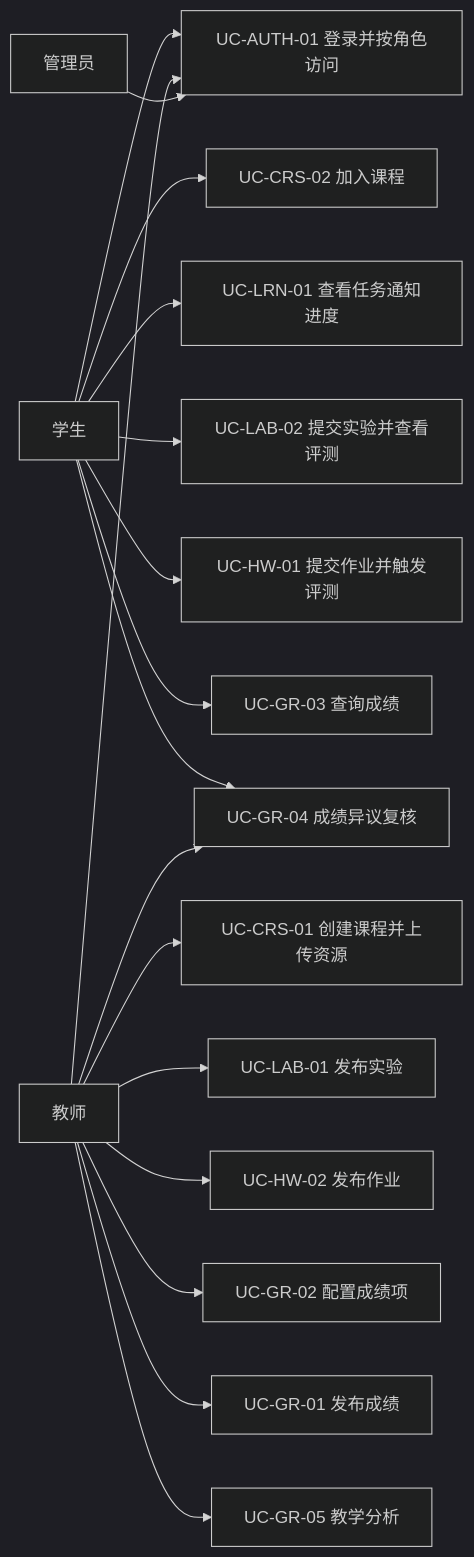
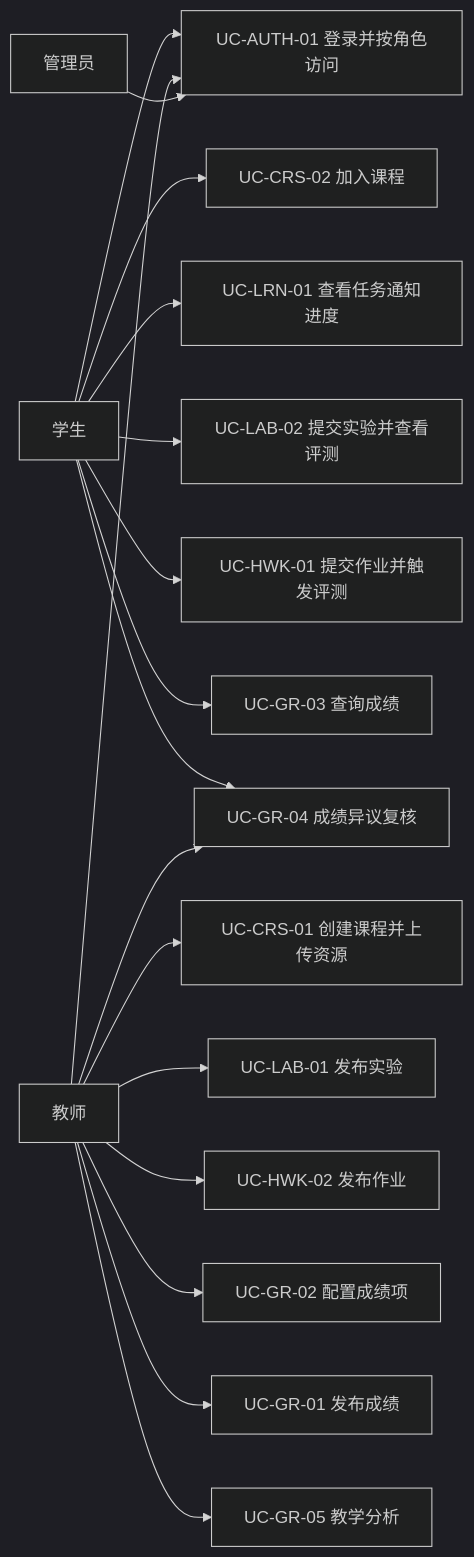
One commit to Cr4zyorange/OnlineJudge changed the first of 12 diagrams in docs/最终提交/软件需求规格说明书.md. Above: the diagram before and after it, drawn with Mermaid (dark theme). The commit also changed other lines of this file and 32 other files, not shown here.

````diff
--- a/docs/最终提交/软件需求规格说明书.md
+++ b/docs/最终提交/软件需求规格说明书.md
@@ -417,37 +455,37 @@
 ```mermaid
 graph LR
   Student["学生"]
   Teacher["教师"]
   Admin["管理员"]
 
   UC_AUTH["UC-AUTH-01 登录并按角色访问"]
   UC_CRS_T["UC-CRS-01 创建课程并上传资源"]
   UC_CRS_S["UC-CRS-02 加入课程"]
   UC_LRN["UC-LRN-01 查看任务通知进度"]
   UC_LAB_T["UC-LAB-01 发布实验"]
   UC_LAB_S["UC-LAB-02 提交实验并查看评测"]
-  UC_HW_T["UC-HW-02 发布作业"]
-  UC_HW_S["UC-HW-01 提交作业并触发评测"]
+  UC_HWK_T["UC-HWK-02 发布作业"]
+  UC_HWK_S["UC-HWK-01 提交作业并触发评测"]
   UC_GR_CFG["UC-GR-02 配置成绩项"]
   UC_GR_PUB["UC-GR-01 发布成绩"]
   UC_GR_QUERY["UC-GR-03 查询成绩"]
   UC_GR_REVIEW["UC-GR-04 成绩异议复核"]
   UC_GR_ANALYSIS["UC-GR-05 教学分析"]
 
   Student --> UC_AUTH
   Teacher --> UC_AUTH
   Admin --> UC_AUTH
   Teacher --> UC_CRS_T
   Student --> UC_CRS_S
   Student --> UC_LRN
   Teacher --> UC_LAB_T
   Student --> UC_LAB_S
-  Teacher --> UC_HW_T
-  Student --> UC_HW_S
+  Teacher --> UC_HWK_T
+  Student --> UC_HWK_S
   Teacher --> UC_GR_CFG
   Teacher --> UC_GR_PUB
   Student --> UC_GR_QUERY
   Student --> UC_GR_REVIEW
   Teacher --> UC_GR_REVIEW
   Teacher --> UC_GR_ANALYSIS
 ```
````
